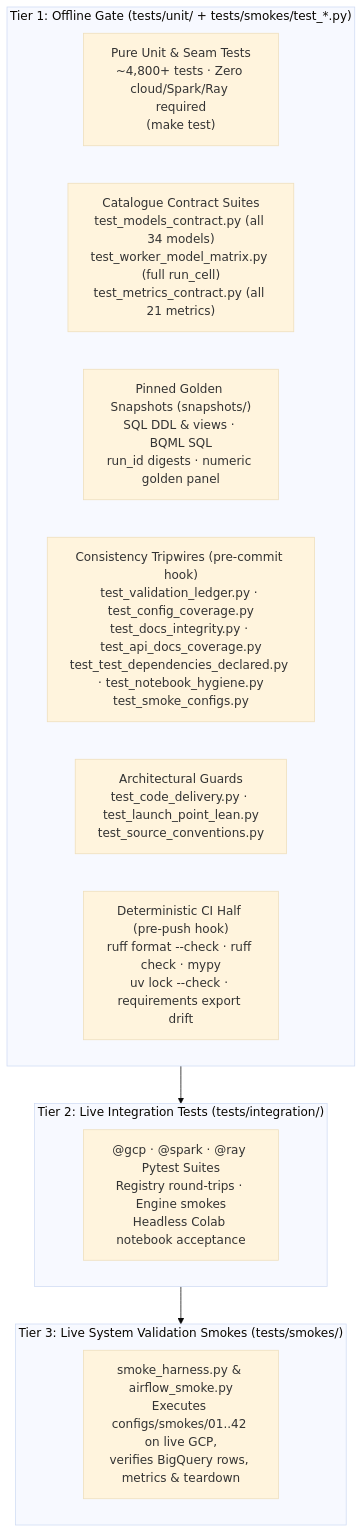
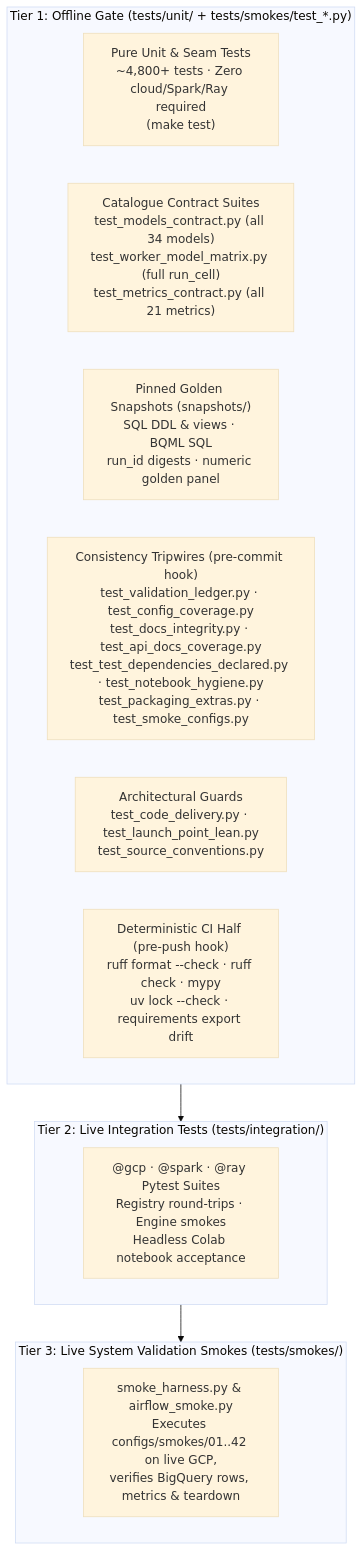
One commit to statmike/scale-forecasting changed the diagram in tests/README.md. Above: the diagram before and after it, drawn with Mermaid (base theme). The commit also changed other lines of this file and 47 other files, not shown here.

````diff
--- a/tests/README.md
+++ b/tests/README.md
@@ -5,22 +5,22 @@
 ```mermaid
 flowchart TB
     subgraph offline["Tier 1: Offline Gate (tests/unit/ + tests/smokes/test_*.py)"]
         direction LR
         unit["Pure Unit & Seam Tests<br/>~4,800+ tests · Zero cloud/Spark/Ray required<br/>(make test)"]
         contracts["Catalogue Contract Suites<br/>test_models_contract.py (all 34 models)<br/>test_worker_model_matrix.py (full run_cell)<br/>test_metrics_contract.py (all 21 metrics)"]
         snaps["Pinned Golden Snapshots (snapshots/)<br/>SQL DDL & views · BQML SQL<br/>run_id digests · numeric golden panel"]
-        trips["Consistency Tripwires (pre-commit hook)<br/>test_validation_ledger.py · test_config_coverage.py<br/>test_docs_integrity.py · test_api_docs_coverage.py<br/>test_test_dependencies_declared.py · test_notebook_hygiene.py<br/>test_smoke_configs.py"]
+        trips["Consistency Tripwires (pre-commit hook)<br/>test_validation_ledger.py · test_config_coverage.py<br/>test_docs_integrity.py · test_api_docs_coverage.py<br/>test_test_dependencies_declared.py · test_notebook_hygiene.py<br/>test_packaging_extras.py · test_smoke_configs.py"]
         guards["Architectural Guards<br/>test_code_delivery.py · test_launch_point_lean.py<br/>test_source_conventions.py"]
         push["Deterministic CI Half (pre-push hook)<br/>ruff format --check · ruff check · mypy<br/>uv lock --check · requirements export drift"]
     end
 
     subgraph integ["Tier 2: Live Integration Tests (tests/integration/)"]
         it["@gcp · @spark · @ray Pytest Suites<br/>Registry round-trips · Engine smokes<br/>Headless Colab notebook acceptance"]
     end
 
     subgraph smokes["Tier 3: Live System Validation Smokes (tests/smokes/)"]
         sh["smoke_harness.py & airflow_smoke.py<br/>Executes configs/smokes/01..42 on live GCP,<br/>verifies BigQuery rows, metrics & teardown"]
     end
 
     offline --> integ --> smokes
 ```
````
